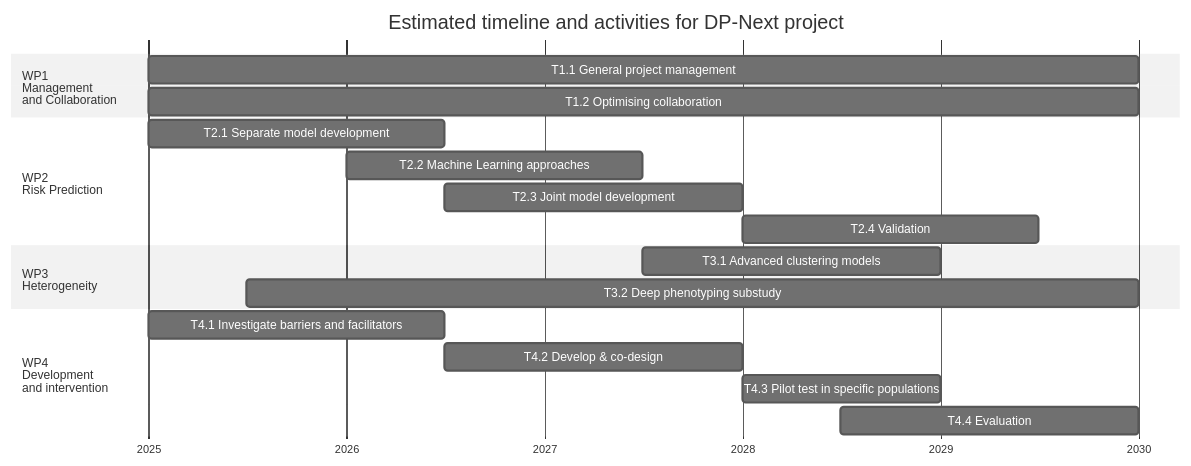
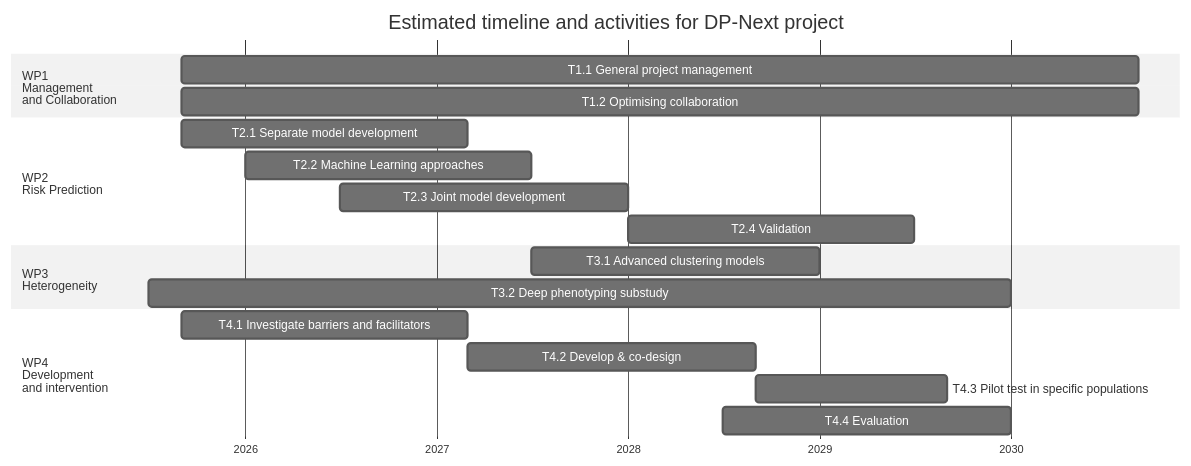
One commit to dp-next/wp1-ros changed the diagram in images/gantt.mmd. Above: the diagram before and after it, drawn with Mermaid. The commit also changed 1 other file, not shown here.

Commit message:
docs: :pencil2: change start date in gantt charts to Sept, not Jan

```diff
--- a/images/gantt.mmd
+++ b/images/gantt.mmd
@@ -1,34 +1,34 @@
 %%{init: {
-  'theme': 'neutral', 
+  'theme': 'neutral',
   'gantt': {
     'barHeight': 25,
     'leftPadding': 125
   }
 }}%%
 gantt
     title Estimated timeline and activities for DP-Next project
     dateFormat  YYYY-MM-DD
     axisFormat %Y
     tickInterval 1year
     todayMarker off
     %% (`excludes` accepts specific dates in YYYY-MM-DD format, days of the week ("sunday") or "weekends", but not the word "weekdays".)
 
     section WP1<br>Management<br>and Collaboration
-    T1.1 General project management: t1_1, 2025-01-01, 5y
-    T1.2 Optimising collaboration: t1_2, 2025-01-01, 5y
+    T1.1 General project management: t1_1, 2025-09-01, 5y
+    T1.2 Optimising collaboration: t1_2, 2025-09-01, 5y
 
     section WP2<br>Risk Prediction
-    T2.1 Separate model development: t2_1, 2025-01-01, 18M
+    T2.1 Separate model development: t2_1, 2025-09-01, 18M
     T2.2 Machine Learning approaches: t2_2, 2026-01-01, 18M
     T2.3 Joint model development: t2_3, 2026-07-01, 18M
     T2.4 Validation: t2_4, 2028-01-01, 18M
 
     section WP3<br>Heterogeneity
     T3.1 Advanced clustering models: t3_1, 2027-07-01, 18M
     T3.2 Deep phenotyping substudy: t3_2, 2025-07-01, 54M
 
     section WP4<br>Development<br>and intervention
-    T4.1 Investigate barriers and facilitators: t4_1, 2025-01-01, 18M
+    T4.1 Investigate barriers and facilitators: t4_1, 2025-09-01, 18M
     T4.2 Develop & co-design: t4_2, after t4_1, 18M
     T4.3 Pilot test in specific populations: t4_3, after t4_2, 1y
     T4.4 Evaluation: t4_4, 2028-07-01, 18M
```
